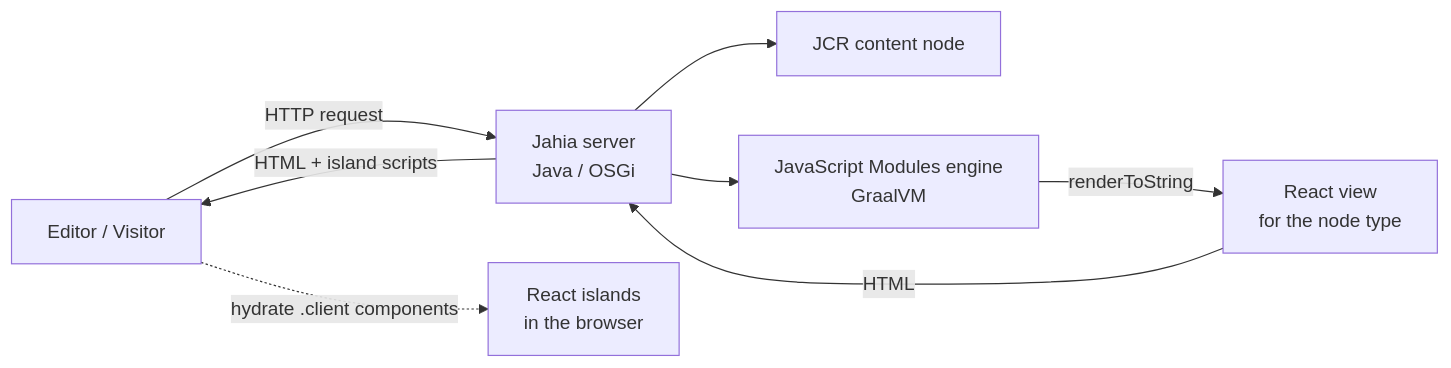
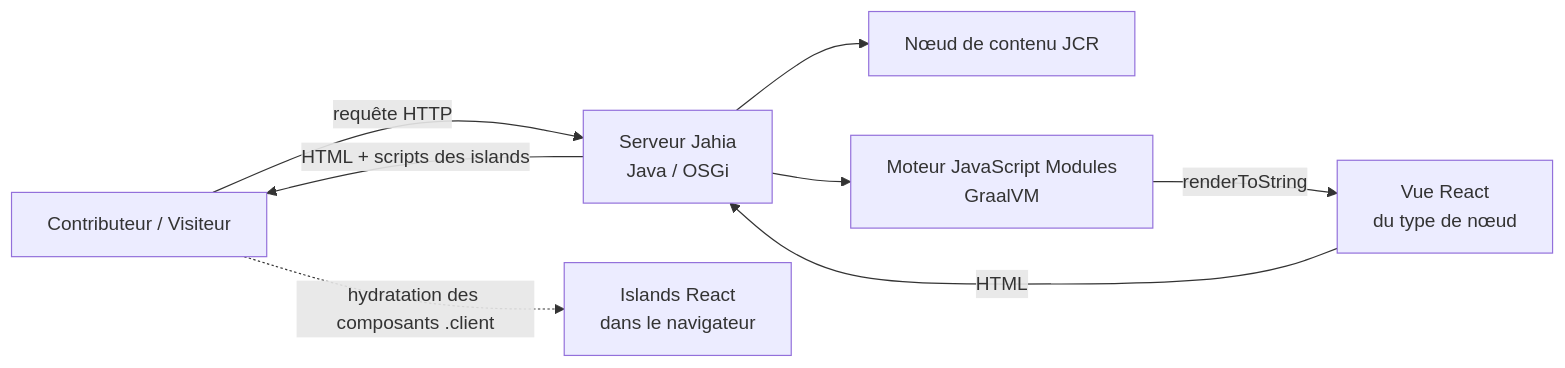
The first of 2 diagrams in apps/jahia-vue-vs-react/slides.md (Coffins-FR/effective-train), drawn with Mermaid before and after one commit. The commit also changed other lines of this file and 3 other files, not shown here.

````diff
--- a/apps/jahia-vue-vs-react/slides.md
+++ b/apps/jahia-vue-vs-react/slides.md
@@ -89,10 +102,10 @@
 ```mermaid {scale: 0.8}
 flowchart LR
-  E[Editor / Visitor] -->|HTTP request| J[Jahia server<br/>Java / OSGi]
-  J --> R[JCR content node]
-  J --> G[JavaScript Modules engine<br/>GraalVM]
-  G -->|renderToString| V[React view<br/>for the node type]
+  E[Contributeur / Visiteur] -->|requête HTTP| J[Serveur Jahia<br/>Java / OSGi]
+  J --> R[Nœud de contenu JCR]
+  J --> G[Moteur JavaScript Modules<br/>GraalVM]
+  G -->|renderToString| V[Vue React<br/>du type de nœud]
   V -->|HTML| J
-  J -->|HTML + island scripts| E
-  E -.->|hydrate .client components| I[React islands<br/>in the browser]
+  J -->|HTML + scripts des islands| E
+  E -.->|hydratation des composants .client| I[Islands React<br/>dans le navigateur]
 ```
````
